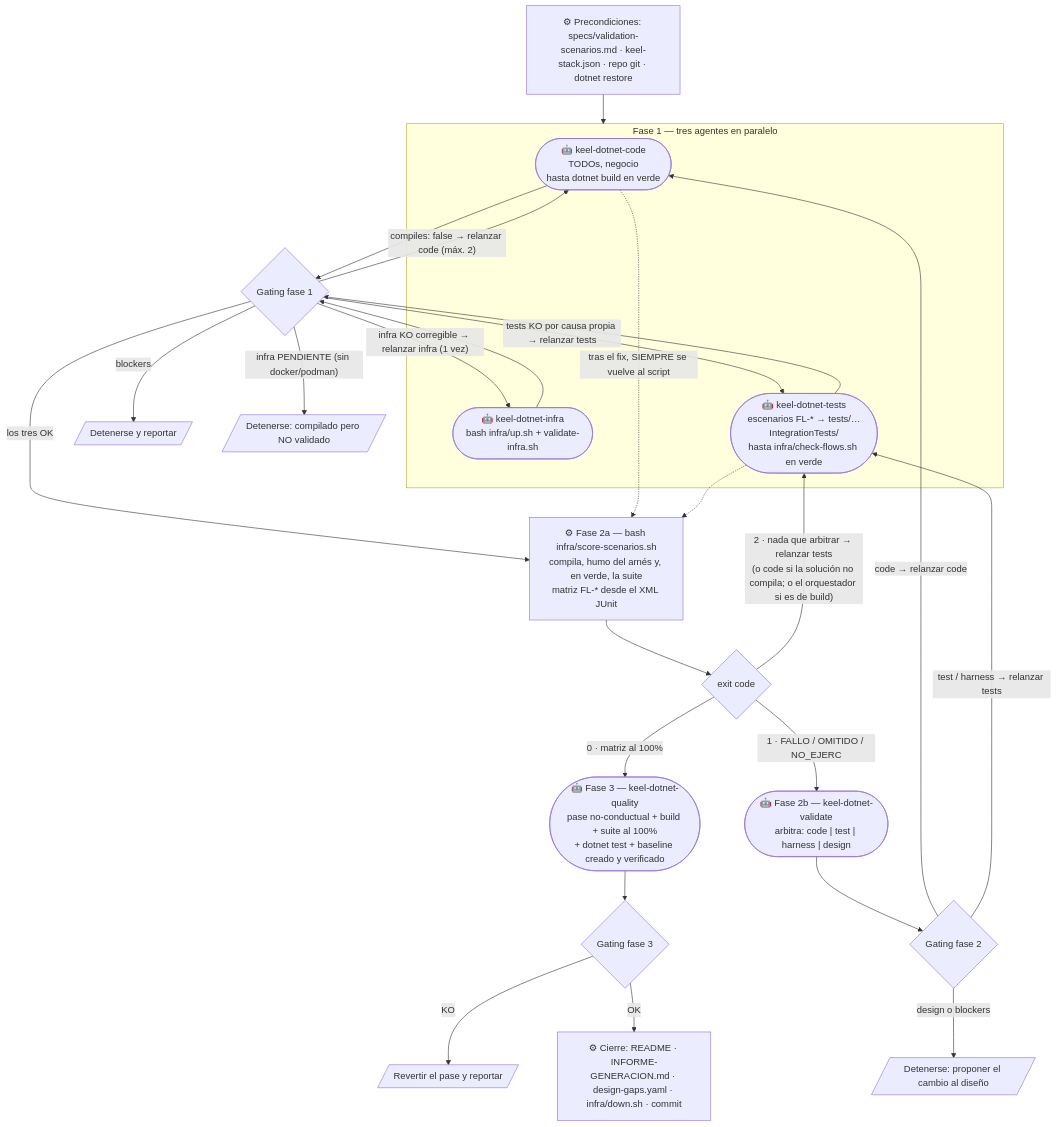
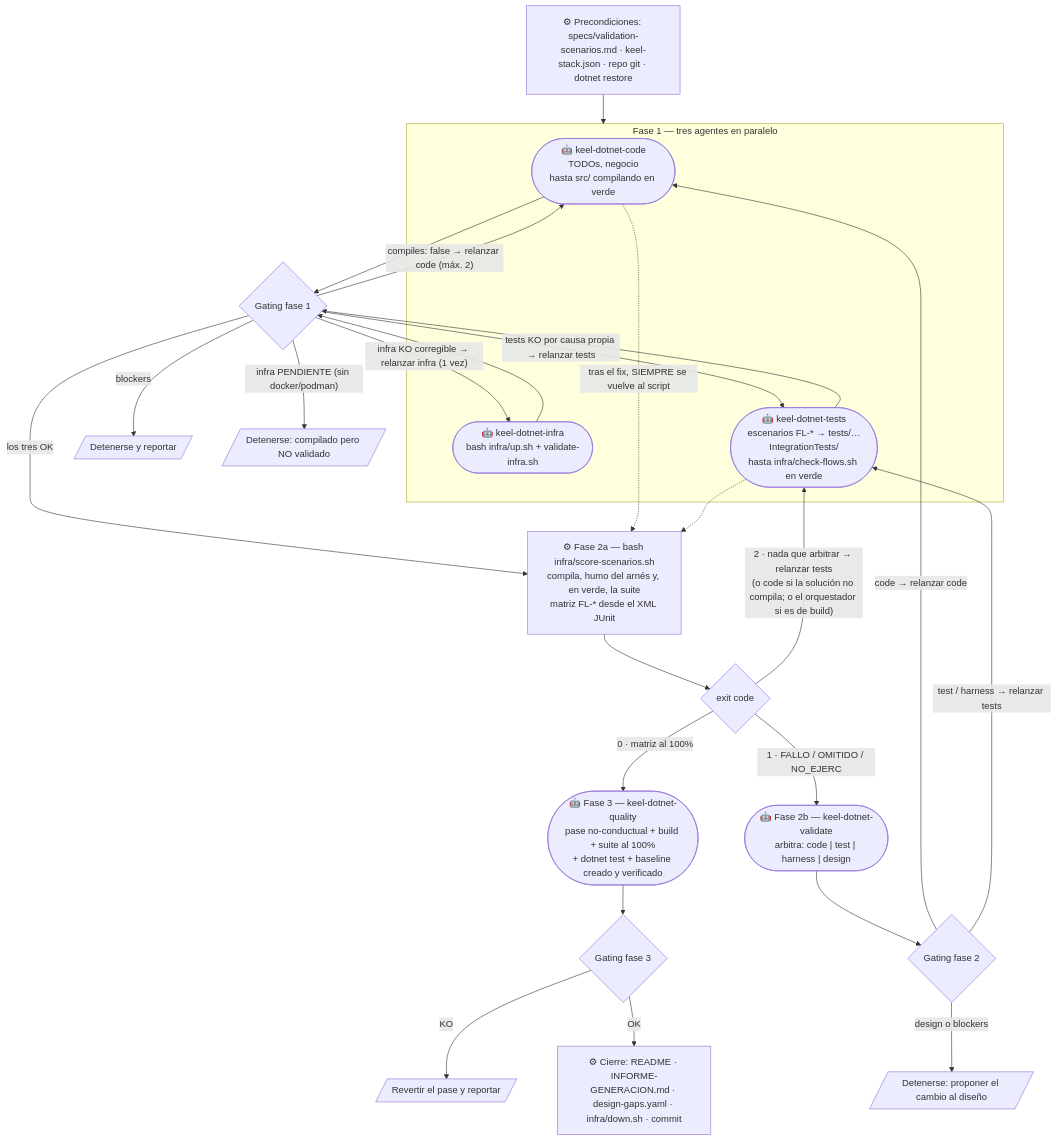
Before and after one commit to keel-system/keel: the diagram in packages/keel-dotnet/assets/generators/dotnet/orchestration.md, drawn with Mermaid. The commit also changed other lines of this file and 17 other files, not shown here.

First line of the commit message:
fix(keel-dotnet, keel-nest): la autoría declarada vacía es ausente, y el agente de código compila solo src/ en la fase 1

````diff
--- a/packages/keel-dotnet/assets/generators/dotnet/orchestration.md
+++ b/packages/keel-dotnet/assets/generators/dotnet/orchestration.md
@@ -36,35 +36,35 @@
 ```mermaid
 flowchart TB
     PRE["⚙ Precondiciones: specs/validation-scenarios.md · keel-stack.json · repo git · dotnet restore"]
     PRE --> F1
     subgraph F1["Fase 1 — tres agentes en paralelo"]
-        CODE(["🤖 keel-dotnet-code<br/>TODOs, negocio<br/>hasta dotnet build en verde"])
+        CODE(["🤖 keel-dotnet-code<br/>TODOs, negocio<br/>hasta src/ compilando en verde"])
         INFRA(["🤖 keel-dotnet-infra<br/>bash infra/up.sh + validate-infra.sh"])
         TESTS(["🤖 keel-dotnet-tests<br/>escenarios FL-* → tests/…IntegrationTests/<br/>hasta infra/check-flows.sh en verde"])
     end
     CODE --> GATE1{Gating fase 1}
     INFRA --> GATE1
     TESTS --> GATE1
     GATE1 -->|"compiles: false → relanzar code (máx. 2)"| CODE
     GATE1 -->|"infra KO corregible → relanzar infra (1 vez)"| INFRA
     GATE1 -->|"tests KO por causa propia → relanzar tests"| TESTS
     GATE1 -->|"blockers"| STOP1[/"Detenerse y reportar"/]
     GATE1 -->|"infra PENDIENTE (sin docker/podman)"| STOP0[/"Detenerse: compilado pero NO validado"/]
     GATE1 -->|los tres OK| SCORE
     SCORE["⚙ Fase 2a — bash infra/score-scenarios.sh<br/>compila, humo del arnés y, en verde, la suite<br/>matriz FL-* desde el XML JUnit"]
     SCORE --> GATE2A{exit code}
     GATE2A -->|"2 · nada que arbitrar → relanzar tests<br/>(o code si la solución no compila; o el orquestador si es de build)"| TESTS
     GATE2A -->|"0 · matriz al 100%"| QUALITY
     GATE2A -->|"1 · FALLO / OMITIDO / NO_EJERC"| VALIDATE
     VALIDATE(["🤖 Fase 2b — keel-dotnet-validate<br/>arbitra: code | test | harness | design"])
     VALIDATE --> GATE2{Gating fase 2}
     GATE2 -->|"code → relanzar code"| CODE
     GATE2 -->|"test / harness → relanzar tests"| TESTS
     GATE2 -->|"design o blockers"| STOP2[/"Detenerse: proponer el cambio al diseño"/]
     CODE -.->|"tras el fix, SIEMPRE se vuelve al script"| SCORE
     TESTS -.-> SCORE
     QUALITY(["🤖 Fase 3 — keel-dotnet-quality<br/>pase no-conductual + build + suite al 100%<br/>+ dotnet test + baseline creado y verificado"])
     QUALITY --> GATE3{Gating fase 3}
     GATE3 -->|KO| STOP3[/"Revertir el pase y reportar"/]
     GATE3 -->|OK| CLOSE["⚙ Cierre: README · INFORME-GENERACION.md · design-gaps.yaml · infra/down.sh · commit"]
 ```
````
